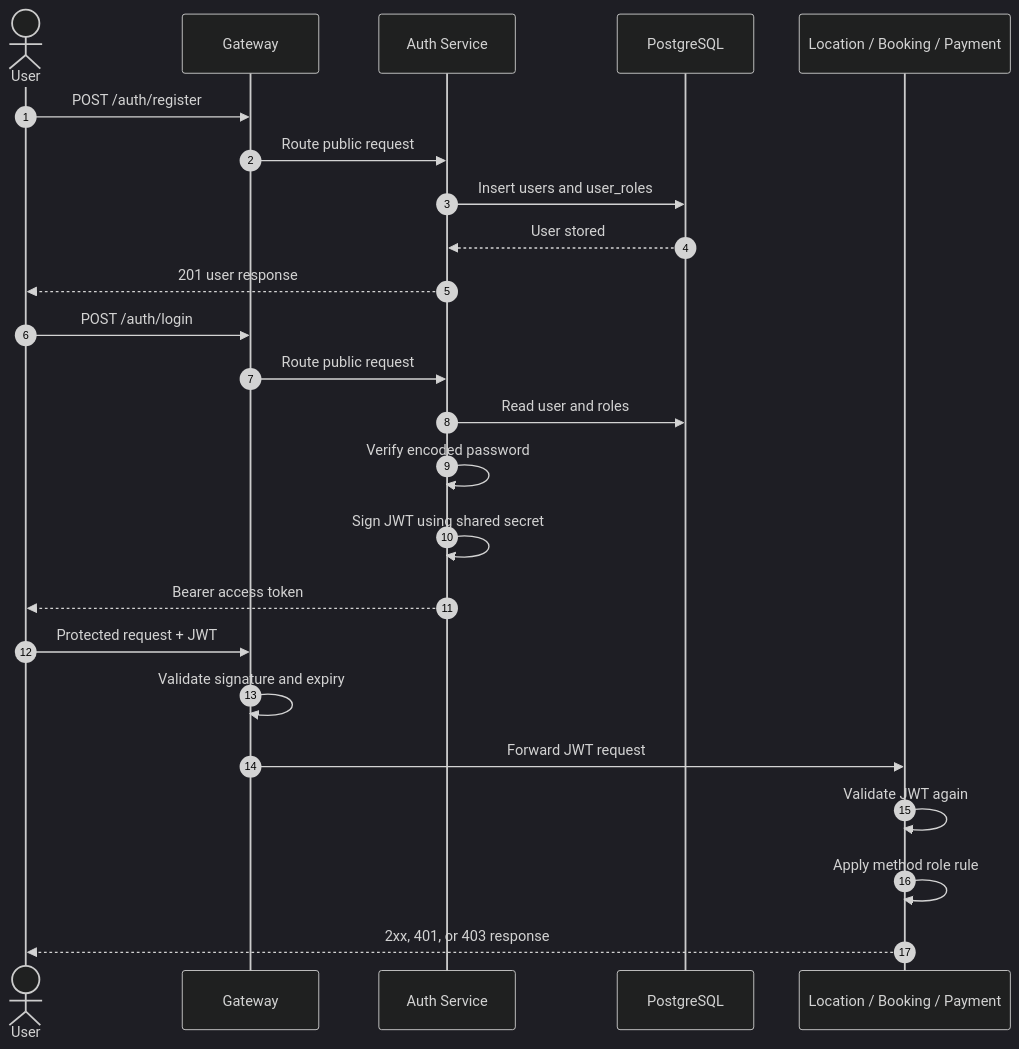
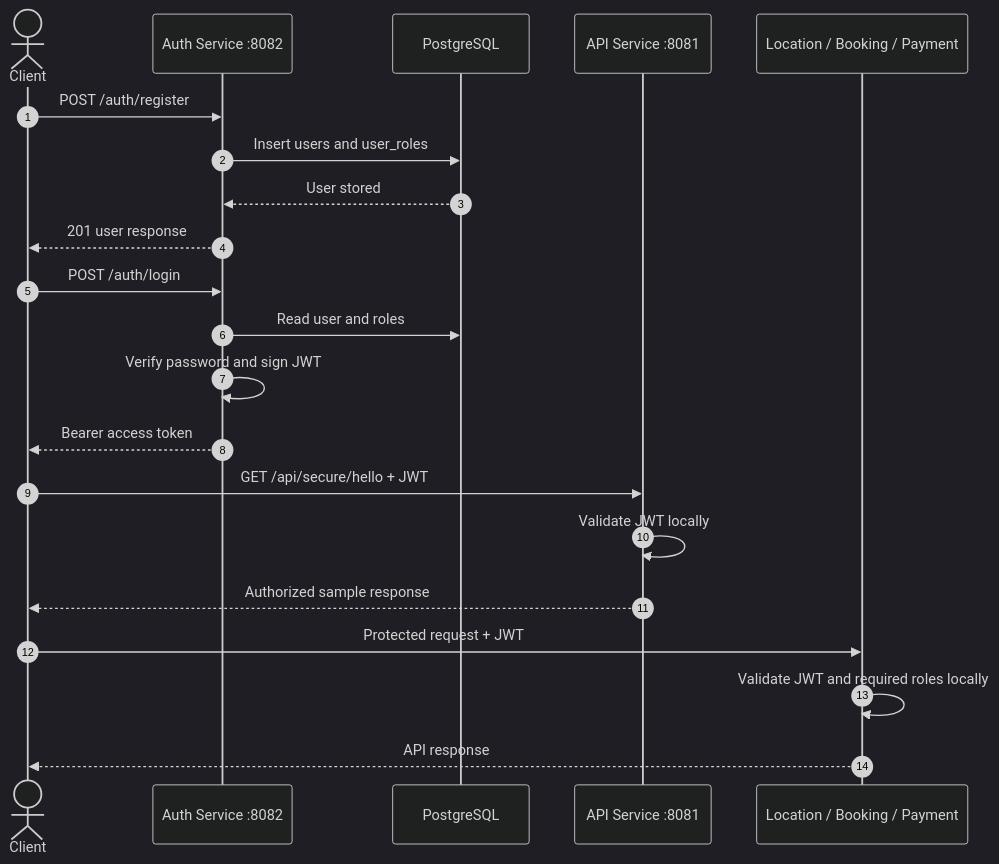
One commit to sangeethadhatrika510-svg/test-parking-api-testing changed the third of 11 diagrams in Parking_Microservices_Architecture.md. Above: the diagram before and after it, drawn with Mermaid (dark theme). The commit also changed other lines of this file, not shown here.

First line of the commit message:
Update Parking_Microservices_Architecture.md

````diff
--- a/Parking_Microservices_Architecture.md
+++ b/Parking_Microservices_Architecture.md
@@ -91,30 +71,28 @@
 ```mermaid
 sequenceDiagram
     autonumber
 
-    actor User
-    participant Gateway
-    participant Auth as Auth Service
-    participant DB as PostgreSQL
+    actor Client
+    participant Auth as Auth Service :8082
+    participant AuthDB as PostgreSQL
+    participant API as API Service :8081
     participant Domain as Location / Booking / Payment
 
-    User->>Gateway: POST /auth/register
-    Gateway->>Auth: Route public request
-    Auth->>DB: Insert users and user_roles
-    DB-->>Auth: User stored
-    Auth-->>User: 201 user response
+    Client->>Auth: POST /auth/register
+    Auth->>AuthDB: Insert users and user_roles
+    AuthDB-->>Auth: User stored
+    Auth-->>Client: 201 user response
 
-    User->>Gateway: POST /auth/login
-    Gateway->>Auth: Route public request
-    Auth->>DB: Read user and roles
-    Auth->>Auth: Verify encoded password
-    Auth->>Auth: Sign JWT using shared secret
-    Auth-->>User: Bearer access token
+    Client->>Auth: POST /auth/login
+    Auth->>AuthDB: Read user and roles
+    Auth->>Auth: Verify password and sign JWT
+    Auth-->>Client: Bearer access token
 
-    User->>Gateway: Protected request + JWT
-    Gateway->>Gateway: Validate signature and expiry
-    Gateway->>Domain: Forward JWT request
-    Domain->>Domain: Validate JWT again
-    Domain->>Domain: Apply method role rule
-    Domain-->>User: 2xx, 401, or 403 response
+    Client->>API: GET /api/secure/hello + JWT
+    API->>API: Validate JWT locally
+    API-->>Client: Authorized sample response
+
+    Client->>Domain: Protected request + JWT
+    Domain->>Domain: Validate JWT and required roles locally
+    Domain-->>Client: API response
 ```
````
